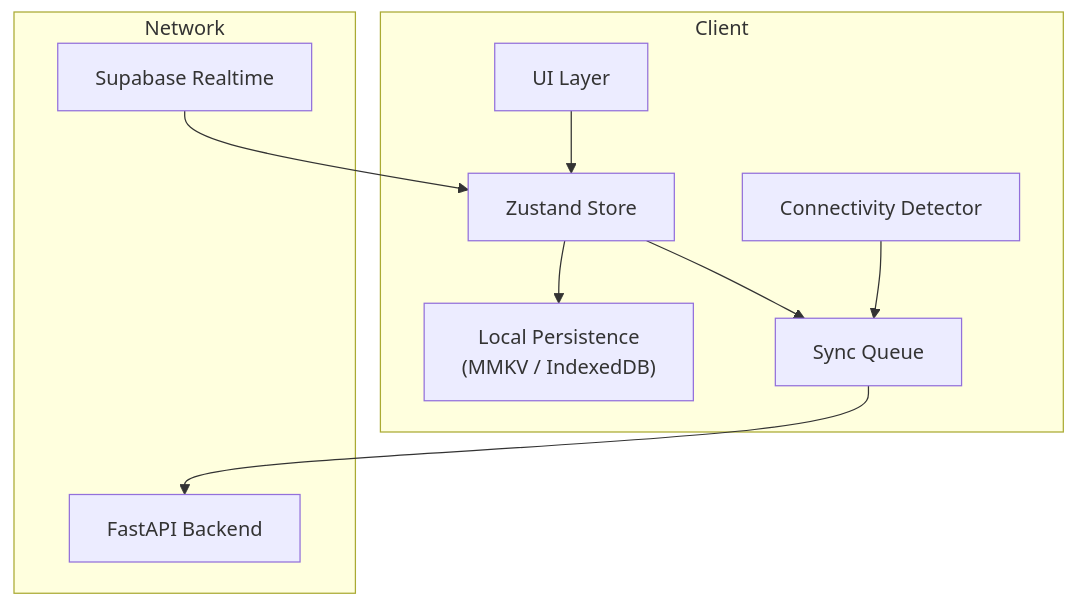
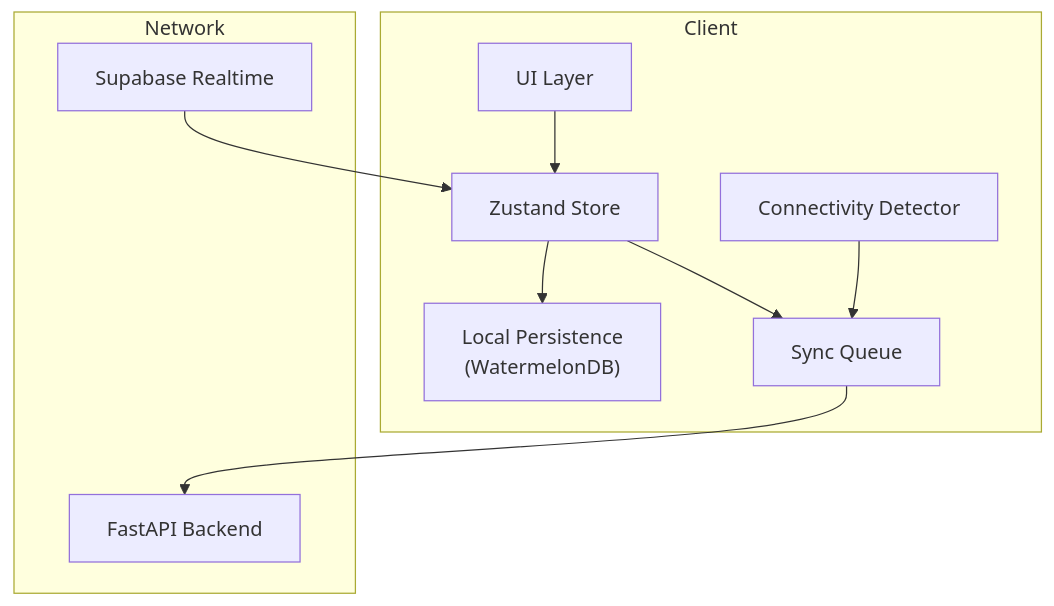
One commit to VThanhNguyen2002/orbit-ai-workspace changed the first of 2 diagrams in docs/architecture/offline-sync.md. Above: the diagram before and after it, drawn with Mermaid. The commit also changed other lines of this file and 17 other files, not shown here.

Commit message:
docs: add Wave 2 architecture standards and ADRs

````diff
--- a/docs/architecture/offline-sync.md
+++ b/docs/architecture/offline-sync.md
@@ -11,22 +11,22 @@
 ```mermaid
 graph TB
     subgraph Client
         UI["UI Layer"]
         Store["Zustand Store"]
-        Local["Local Persistence<br/>(MMKV / IndexedDB)"]
+        Local["Local Persistence<br/>(WatermelonDB)"]
         Queue["Sync Queue"]
         Detector["Connectivity Detector"]
     end
 
     subgraph Network
         API["FastAPI Backend"]
         RT["Supabase Realtime"]
     end
 
     UI --> Store
     Store --> Local
     Store --> Queue
     Queue --> API
     RT --> Store
     Detector --> Queue
 ```
````
